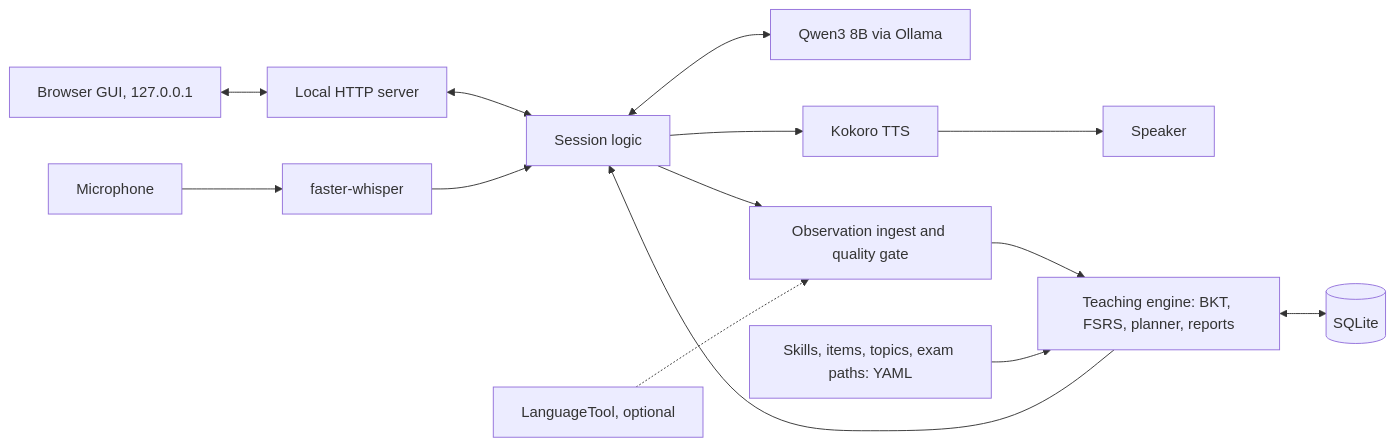
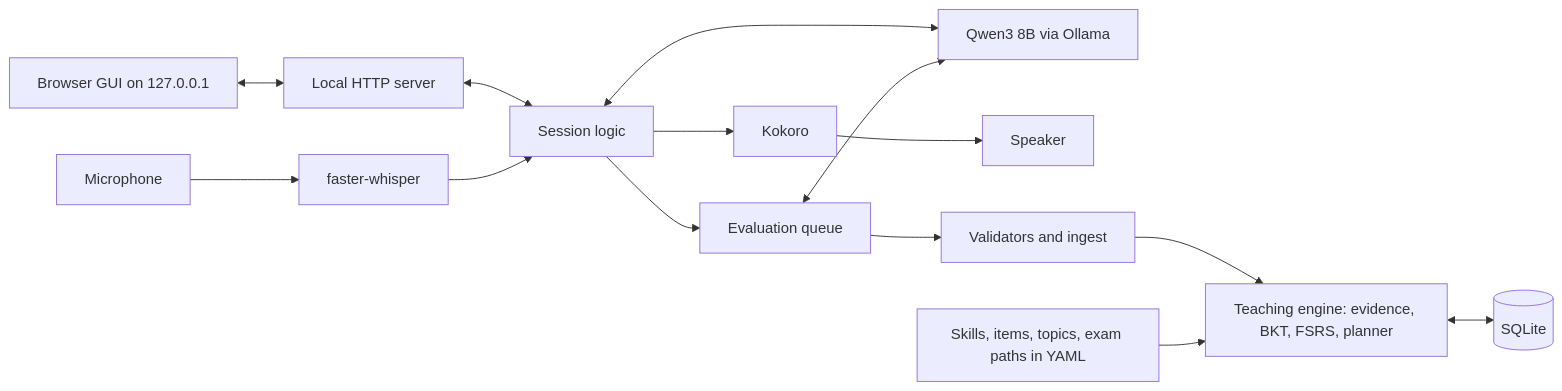
One commit to krauzerl/english-ai-tutor changed the diagram in README.md. Above: the diagram before and after it, drawn with Mermaid. The commit also changed other lines of this file and 11 other files, not shown here.

````diff
--- a/README.md
+++ b/README.md
@@ -76,15 +83,15 @@
 ```mermaid
 flowchart LR
-    GUI[Browser GUI, 127.0.0.1] <--> SRV[Local HTTP server]
-    SRV <--> APP
+    GUI[Browser GUI on 127.0.0.1] <--> SRV[Local HTTP server]
+    SRV <--> APP[Session logic]
     MIC[Microphone] --> STT[faster-whisper]
-    STT --> APP[Session logic]
+    STT --> APP
     APP <--> LLM[Qwen3 8B via Ollama]
-    APP --> TTS[Kokoro TTS] --> SPK[Speaker]
-    APP --> ING[Observation ingest and quality gate]
-    LT[LanguageTool, optional] -.-> ING
-    ING --> ENG[Teaching engine: BKT, FSRS, planner, reports]
+    APP --> TTS[Kokoro] --> SPK[Speaker]
+    APP --> Q[Evaluation queue]
+    Q <--> LLM
+    Q --> ING[Validators and ingest]
+    ING --> ENG[Teaching engine: evidence, BKT, FSRS, planner]
     ENG <--> DB[(SQLite)]
-    CONTENT[Skills, items, topics, exam paths: YAML] --> ENG
-    ENG --> APP
+    CONTENT[Skills, items, topics, exam paths in YAML] --> ENG
 ```
````
